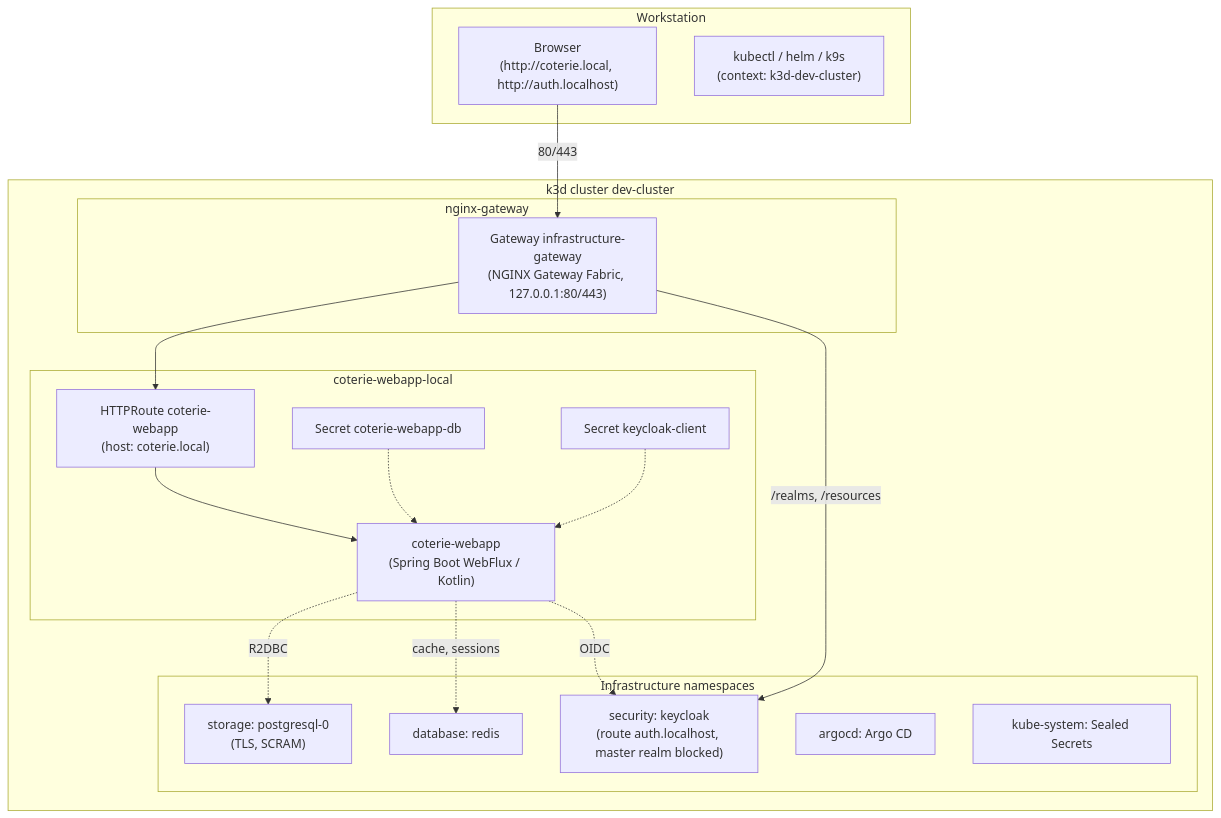
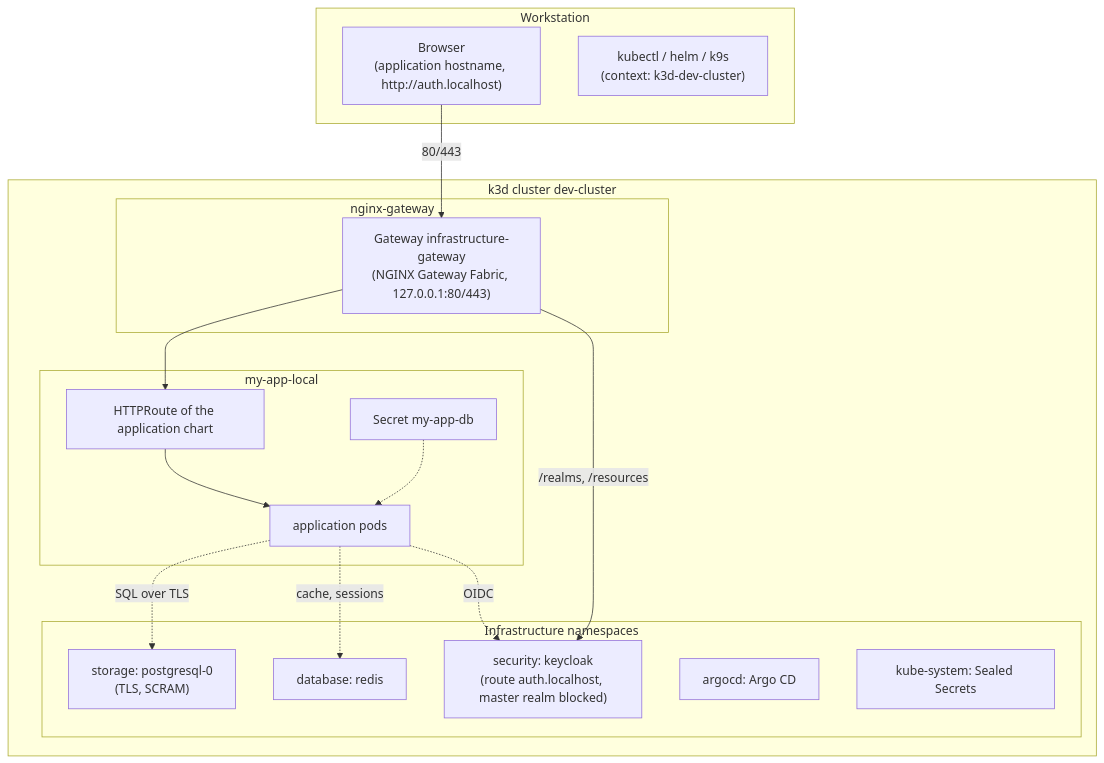
The diagram in local/README.md (DevDeNiro/k3s-stack), drawn with Mermaid before and after one commit. The commit also changed other lines of this file and 32 other files, not shown here.

````diff
--- a/local/README.md
+++ b/local/README.md
@@ -11,37 +11,35 @@
 ```mermaid
 flowchart TB
     subgraph Client["Workstation"]
-        Browser["Browser\n(http://coterie.local, http://auth.localhost)"]
+        Browser["Browser\n(application hostname, http://auth.localhost)"]
         KubeCli["kubectl / helm / k9s\n(context: k3d-dev-cluster)"]
     end
 
     subgraph K3d["k3d cluster dev-cluster"]
         subgraph NS_Gateway["nginx-gateway"]
             IGW["Gateway infrastructure-gateway\n(NGINX Gateway Fabric, 127.0.0.1:80/443)"]
         end
 
-        subgraph NS_App["coterie-webapp-local"]
-            RouteCoterie["HTTPRoute coterie-webapp\n(host: coterie.local)"]
-            PodCoterie["coterie-webapp\n(Spring Boot WebFlux / Kotlin)"]
-            SecDB["Secret coterie-webapp-db"]
-            SecKC["Secret keycloak-client"]
+        subgraph NS_App["my-app-local"]
+            RouteApp["HTTPRoute of the application chart"]
+            PodApp["application pods"]
+            SecDB["Secret my-app-db"]
         end
 
         subgraph NS_Infra["Infrastructure namespaces"]
             PG["storage: postgresql-0\n(TLS, SCRAM)"]
             Redis["database: redis"]
             KC["security: keycloak\n(route auth.localhost, master realm blocked)"]
             Argo["argocd: Argo CD"]
             SS["kube-system: Sealed Secrets"]
         end
     end
 
     Browser -->|80/443| IGW
-    IGW --> RouteCoterie --> PodCoterie
+    IGW --> RouteApp --> PodApp
     IGW -->|/realms, /resources| KC
-    PodCoterie -.->|R2DBC| PG
-    PodCoterie -.->|cache, sessions| Redis
-    PodCoterie -.->|OIDC| KC
-    SecDB -.-> PodCoterie
-    SecKC -.-> PodCoterie
+    PodApp -.->|SQL over TLS| PG
+    PodApp -.->|cache, sessions| Redis
+    PodApp -.->|OIDC| KC
+    SecDB -.-> PodApp
 ```
````
